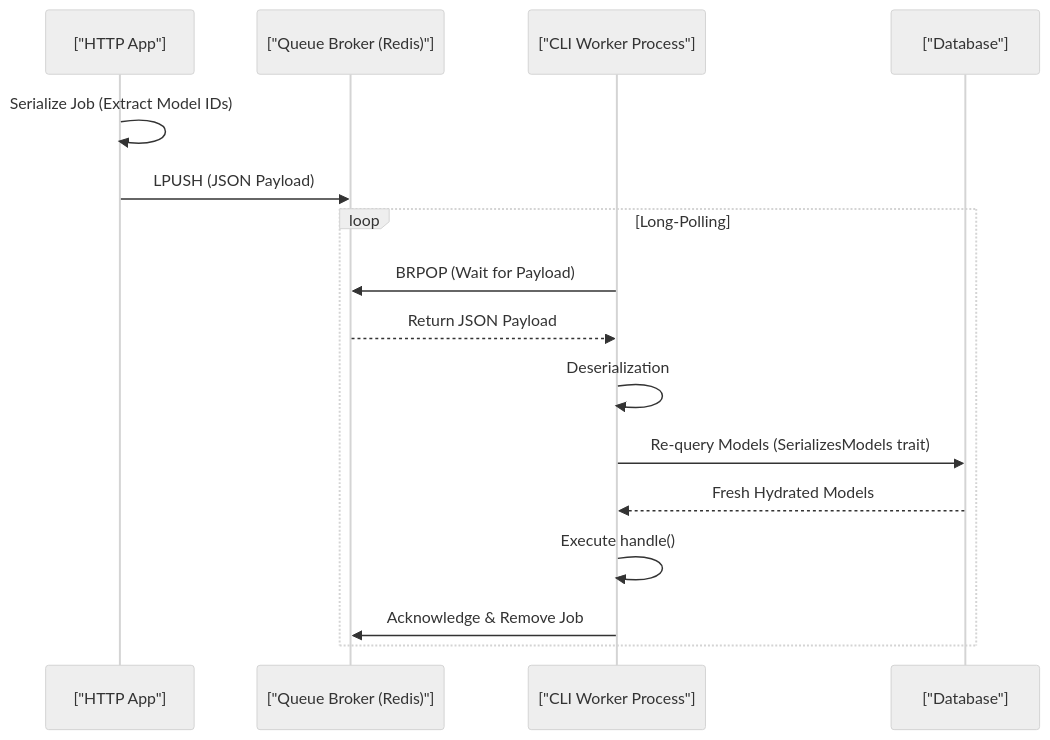
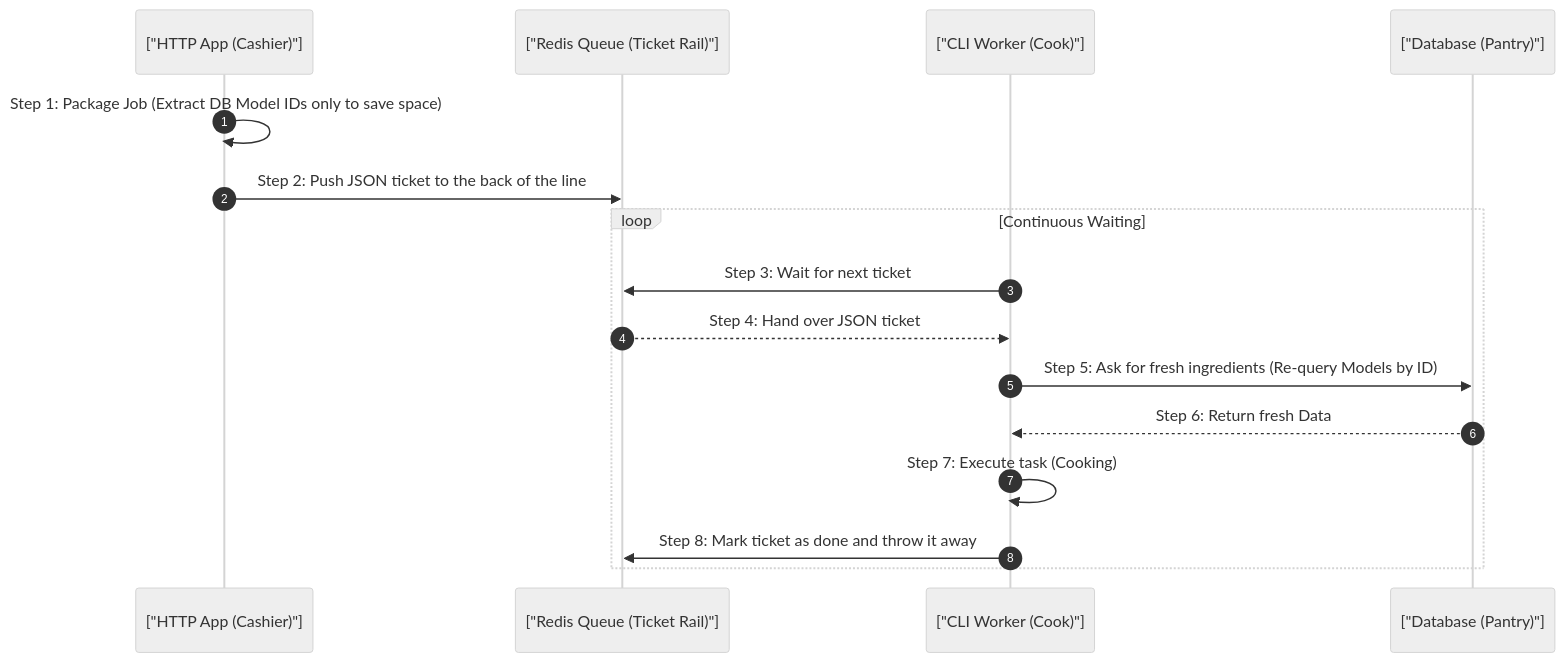
One commit to fazleyrabby/backend-engineering-mastery changed the diagram in laravel-internals/04_queue_architecture_worker_lifecycle.md. Above: the diagram before and after it, drawn with Mermaid (neutral theme). The commit also changed other lines of this file and 15 other files, not shown here.

````diff
--- a/laravel-internals/04_queue_architecture_worker_lifecycle.md
+++ b/laravel-internals/04_queue_architecture_worker_lifecycle.md
@@ -14,19 +12,19 @@
 ```mermaid
 sequenceDiagram
-    participant App as ["HTTP App"]
-    participant Redis as ["Queue Broker (Redis)"]
-    participant Worker as ["CLI Worker Process"]
-    participant DB as ["Database"]
+    autonumber
+    participant App as ["HTTP App (Cashier)"]
+    participant Redis as ["Redis Queue (Ticket Rail)"]
+    participant Worker as ["CLI Worker (Cook)"]
+    participant DB as ["Database (Pantry)"]
 
-    App->>App: Serialize Job (Extract Model IDs)
-    App->>Redis: LPUSH (JSON Payload)
-    loop Long-Polling
-        Worker->>Redis: BRPOP (Wait for Payload)
-        Redis-->>Worker: Return JSON Payload
-        Worker->>Worker: Deserialization
-        Worker->>DB: Re-query Models (SerializesModels trait)
-        DB-->>Worker: Fresh Hydrated Models
-        Worker->>Worker: Execute handle()
-        Worker->>Redis: Acknowledge & Remove Job
+    App->>App: Step 1: Package Job (Extract DB Model IDs only to save space)
+    App->>Redis: Step 2: Push JSON ticket to the back of the line
+    loop Continuous Waiting
+        Worker->>Redis: Step 3: Wait for next ticket
+        Redis-->>Worker: Step 4: Hand over JSON ticket
+        Worker->>DB: Step 5: Ask for fresh ingredients (Re-query Models by ID)
+        DB-->>Worker: Step 6: Return fresh Data
+        Worker->>Worker: Step 7: Execute task (Cooking)
+        Worker->>Redis: Step 8: Mark ticket as done and throw it away
     end
 ```
````
